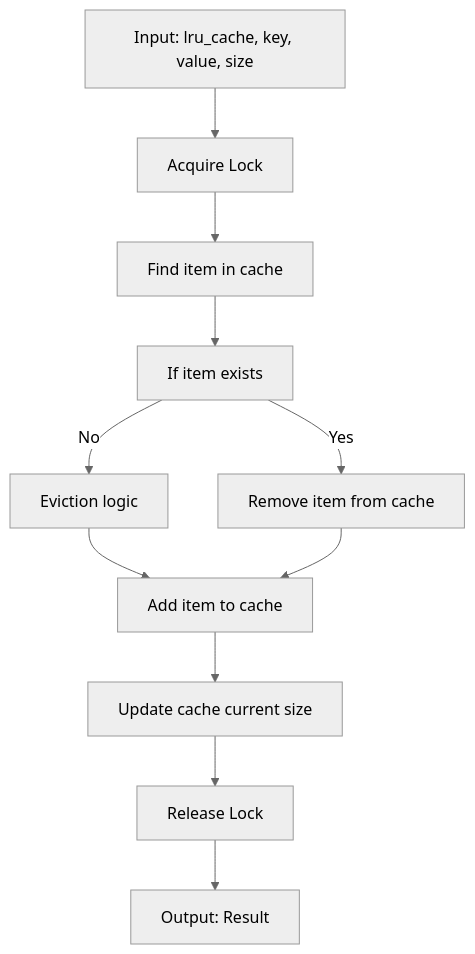
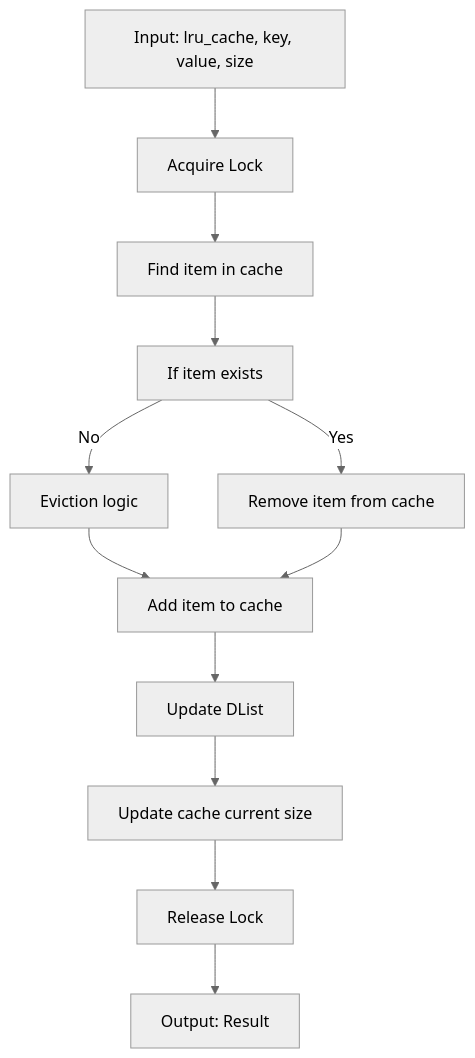
The first of 3 diagrams in devdoc/lru_cache_design.md (Azure/clds), drawn with Mermaid (neutral theme) before and after one commit. The commit also changed other lines of this file, not shown here.

````diff
--- a/devdoc/lru_cache_design.md
+++ b/devdoc/lru_cache_design.md
@@ -46,24 +48,26 @@
 ```mermaid
 graph TD
     A[Input: lru_cache, key, value, size]
     B[Acquire Lock]
     C[Find item in cache]
     D[If item exists]
     E[Remove item from cache]
     F[Eviction logic]
     G[Add item to cache]
-    H[Update cache current size]
-    I[Release Lock]
-    J[Output: Result]
+    H[Update DList]
+    I[Update cache current size]
+    J[Release Lock]
+    K[Output: Result]
 
     A --> B
     B --> C
     C --> D
     D -->|Yes| E
     D -->|No| F
     F --> G
     E --> G
     G --> H
     H --> I
     I --> J
+    J --> K
 ```
````
